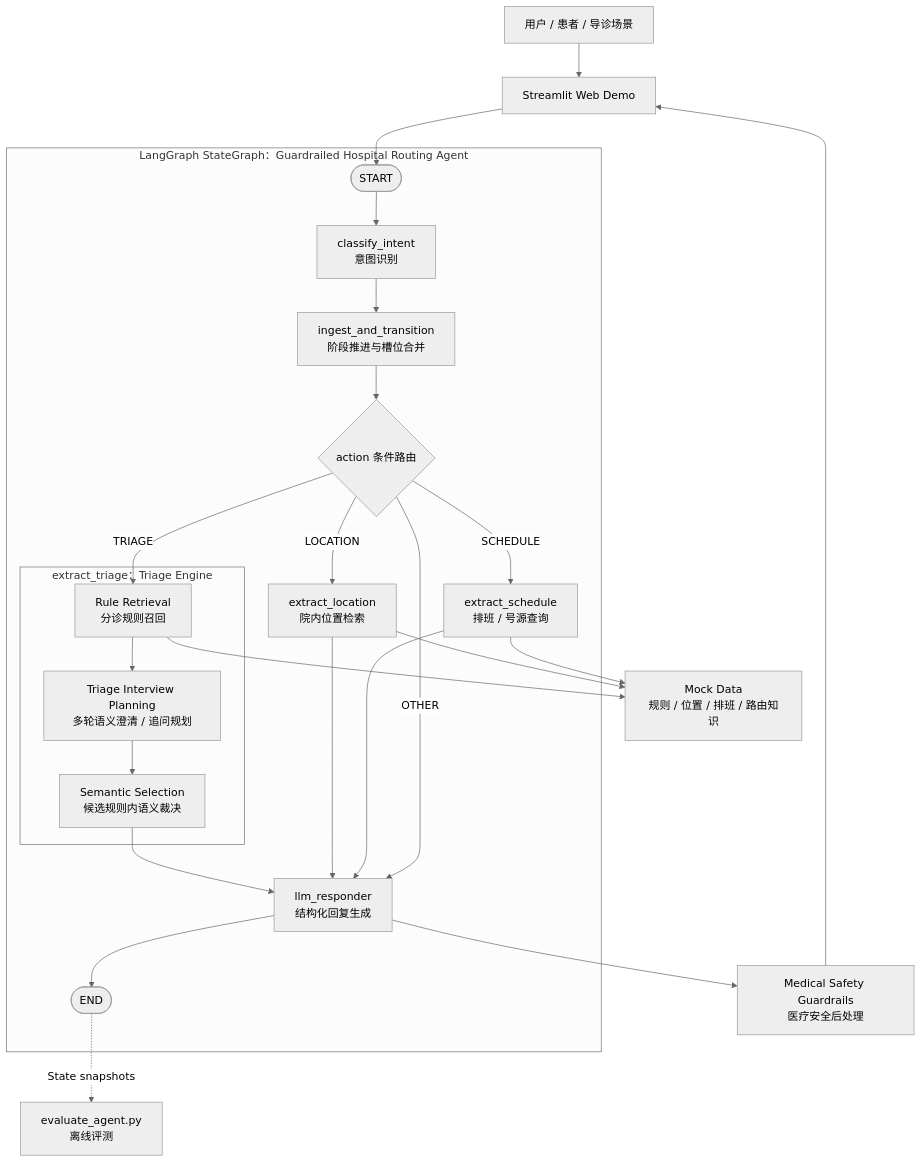
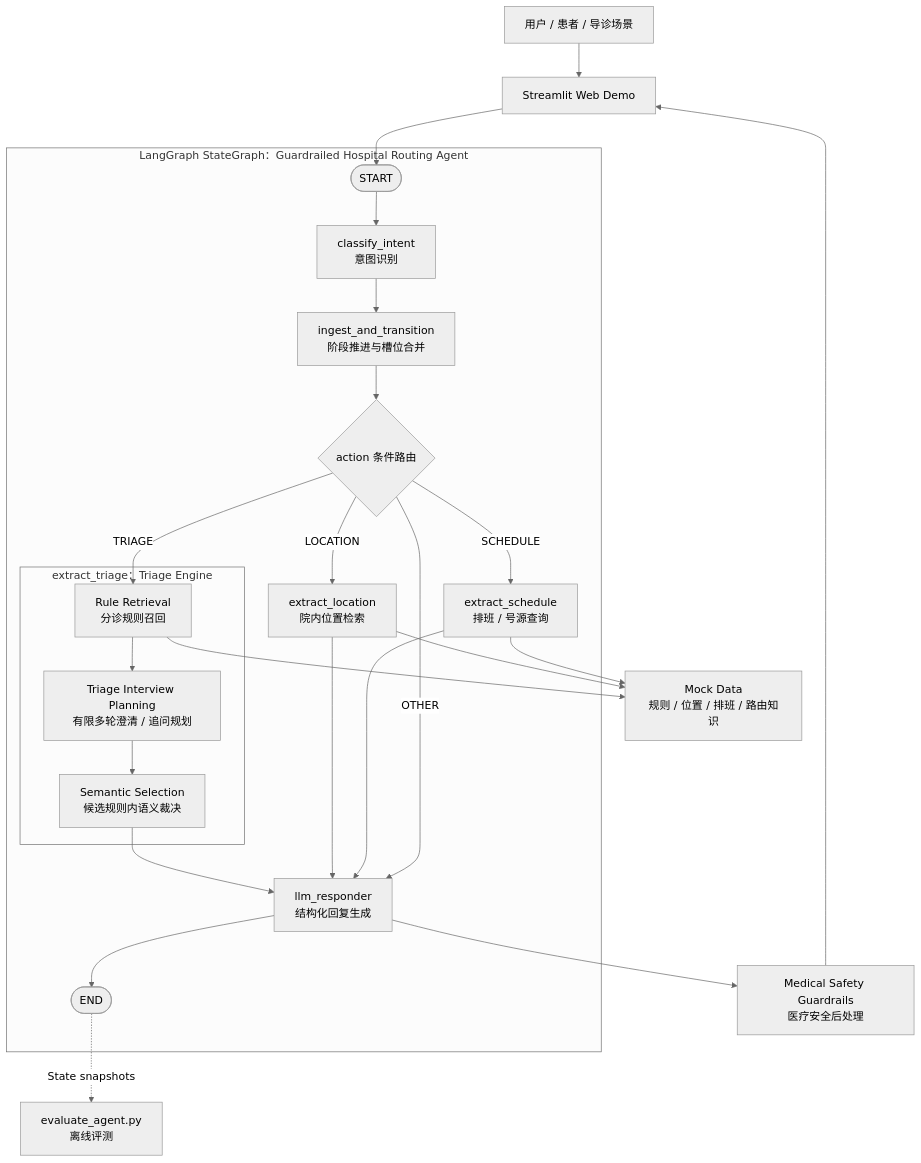
One commit to xli561980-ship-it/Hospital_Agent changed the diagram in docs/architecture.md. Above: the diagram before and after it, drawn with Mermaid (neutral theme). The commit also changed other lines of this file and 6 other files, not shown here.

Commit message:
Add triage clarification flow

````diff
--- a/docs/architecture.md
+++ b/docs/architecture.md
@@ -17,40 +17,40 @@
 ```mermaid
 flowchart TB
     U["用户 / 患者 / 导诊场景"]
     WEB["Streamlit Web Demo"]
     DATA["Mock Data<br/>规则 / 位置 / 排班 / 路由知识"]
     GUARD["Medical Safety Guardrails<br/>医疗安全后处理"]
     EVAL["evaluate_agent.py<br/>离线评测"]
 
     subgraph GRAPH["LangGraph StateGraph：Guardrailed Hospital Routing Agent"]
         START([START])
         INTENT["classify_intent<br/>意图识别"]
         TRANSITION["ingest_and_transition<br/>阶段推进与槽位合并"]
         ROUTE{"action 条件路由"}
         subgraph TRIAGE_MODULE["extract_triage：Triage Engine"]
             TRIAGE["Rule Retrieval<br/>分诊规则召回"]
-            INTERVIEW["Triage Interview Planning<br/>多轮语义澄清 / 追问规划"]
+            INTERVIEW["Triage Interview Planning<br/>有限多轮澄清 / 追问规划"]
             SELECT["Semantic Selection<br/>候选规则内语义裁决"]
             TRIAGE --> INTERVIEW --> SELECT
         end
         LOCATION["extract_location<br/>院内位置检索"]
         SCHEDULE["extract_schedule<br/>排班 / 号源查询"]
         RESP["llm_responder<br/>结构化回复生成"]
         END_NODE([END])
 
         START --> INTENT --> TRANSITION --> ROUTE
         ROUTE -->|"TRIAGE"| TRIAGE
         SELECT --> RESP
         ROUTE -->|"LOCATION"| LOCATION --> RESP
         ROUTE -->|"SCHEDULE"| SCHEDULE --> RESP
         ROUTE -->|"OTHER"| RESP
         RESP --> END_NODE
     end
 
     U --> WEB --> START
     TRIAGE --> DATA
     LOCATION --> DATA
     SCHEDULE --> DATA
     RESP --> GUARD --> WEB
     END_NODE -. "State snapshots" .-> EVAL
 ```
````
